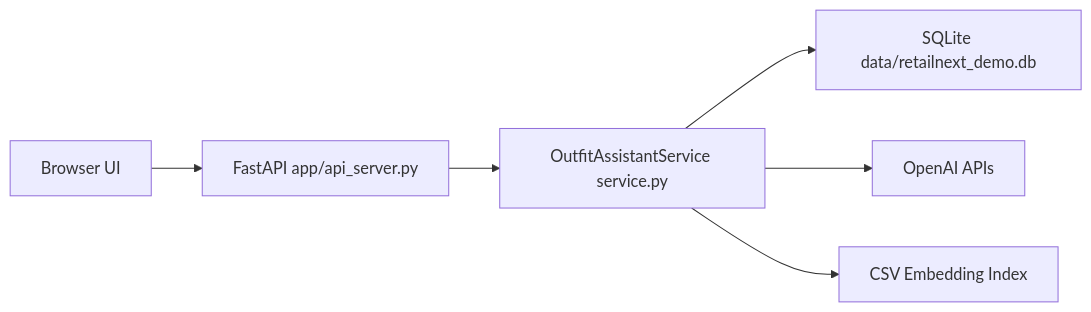
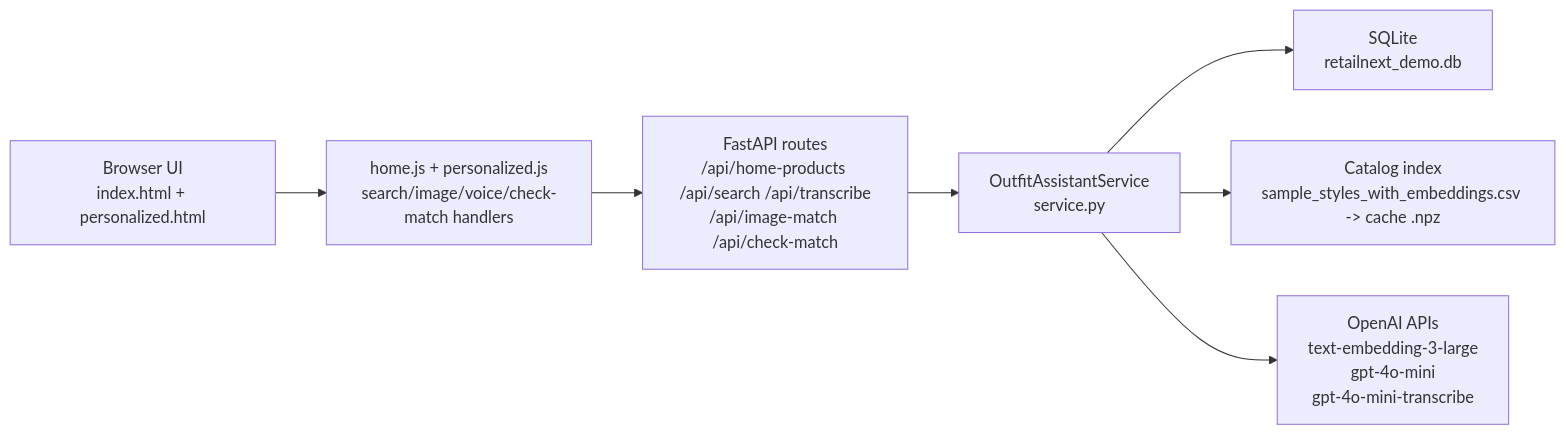
Before and after one commit to tlsandbox/llm_assignment: the diagram in retailnext_outfit_assistant/README.md, drawn with Mermaid. The commit also changed other lines of this file and 4 other files, not shown here.

Commit message:
Update README architecture and remove redundant assistant modules

````diff
--- a/retailnext_outfit_assistant/README.md
+++ b/retailnext_outfit_assistant/README.md
@@ -21,15 +21,17 @@
 ```mermaid
 flowchart LR
-    Browser["Browser UI"]
-    API["FastAPI app/api_server.py"]
-    Service["OutfitAssistantService service.py"]
-    DB["SQLite data/retailnext_demo.db"]
-    OpenAI["OpenAI APIs"]
-    Index["CSV Embedding Index"]
+    Browser["Browser UI<br/>index.html + personalized.html"]
+    UI["home.js + personalized.js<br/>search/image/voice/check-match handlers"]
+    API["FastAPI routes<br/>/api/home-products /api/search /api/transcribe<br/>/api/image-match /api/check-match"]
+    Service["OutfitAssistantService<br/>service.py"]
+    DB["SQLite<br/>retailnext_demo.db"]
+    Index["Catalog index<br/>sample_styles_with_embeddings.csv -> cache .npz"]
+    OpenAI["OpenAI APIs<br/>text-embedding-3-large<br/>gpt-4o-mini<br/>gpt-4o-mini-transcribe"]
 
-    Browser --> API
+    Browser --> UI
+    UI --> API
     API --> Service
     Service --> DB
+    Service --> Index
     Service --> OpenAI
-    Service --> Index
 ```
````
